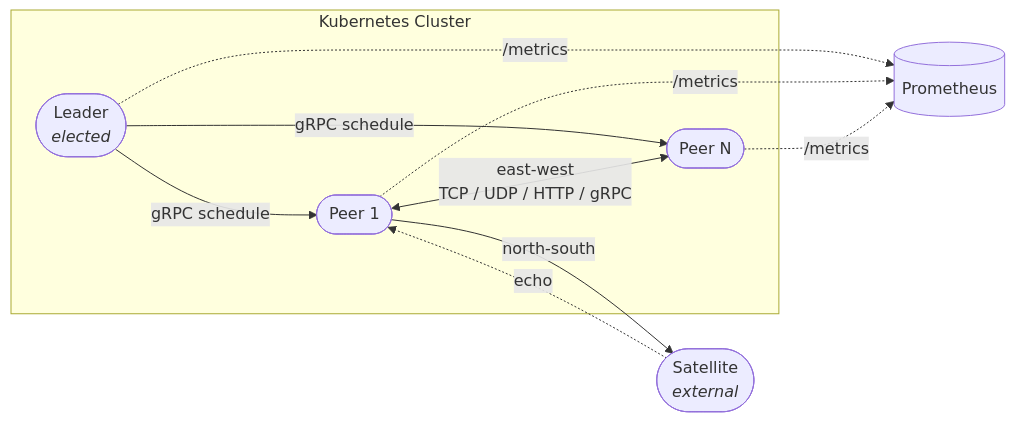
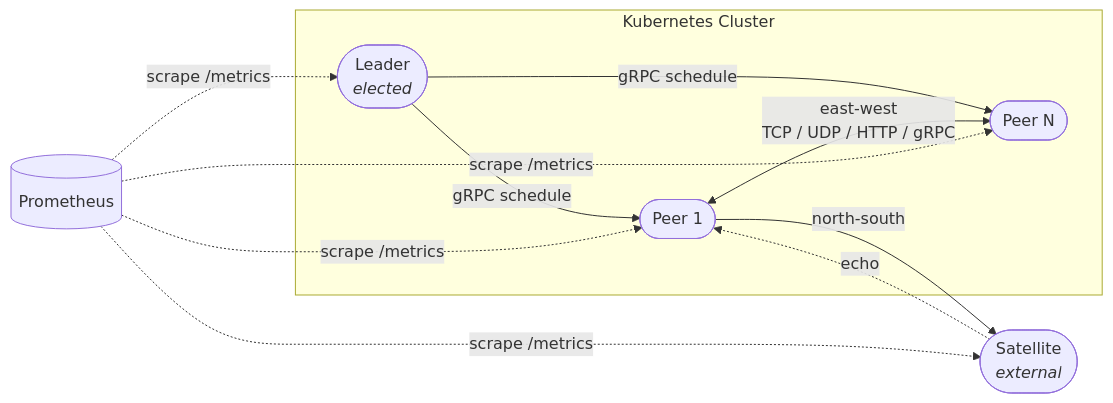
The second of 2 diagrams in README.md (daxroc/orbit), drawn with Mermaid before and after one commit. The commit also changed other lines of this file and 28 other files, not shown here.

````diff
--- a/README.md
+++ b/README.md
@@ -87,21 +87,22 @@
 ```mermaid
 flowchart LR
   subgraph cluster["Kubernetes Cluster"]
     Leader(["Leader<br/><i>elected</i>"])
     Peer1(["Peer 1"])
     PeerN(["Peer N"])
   end
 
   Satellite(["Satellite<br/><i>external</i>"])
   Prom[("Prometheus")]
 
   Leader -- "gRPC schedule" --> Peer1
   Leader -- "gRPC schedule" --> PeerN
   Peer1 <-- "east-west<br/>TCP / UDP / HTTP / gRPC" --> PeerN
   Peer1 -- "north-south" --> Satellite
   Satellite -. "echo" .-> Peer1
 
-  Leader -. "/metrics" .-> Prom
-  Peer1 -. "/metrics" .-> Prom
-  PeerN -. "/metrics" .-> Prom
+  Prom -. "scrape /metrics" .-> Leader
+  Prom -. "scrape /metrics" .-> Peer1
+  Prom -. "scrape /metrics" .-> PeerN
+  Prom -. "scrape /metrics" .-> Satellite
 ```
````
